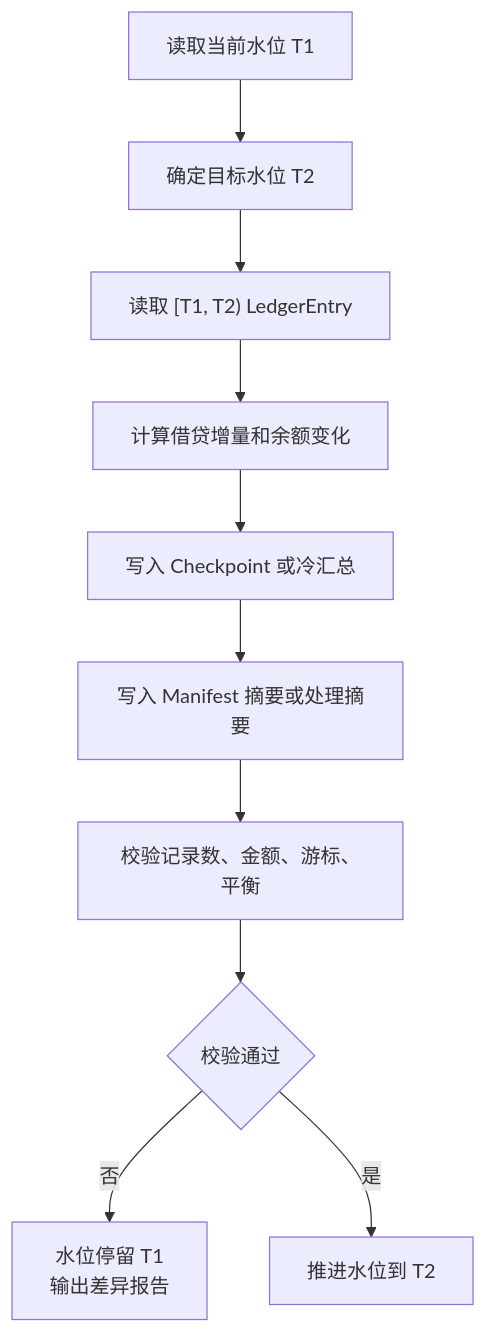
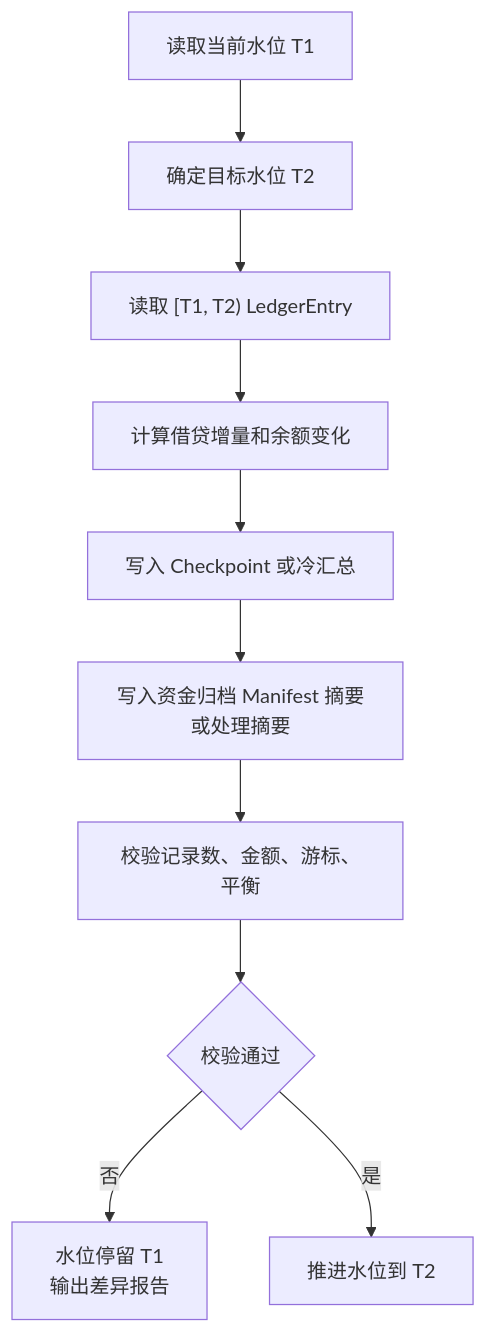
The fifth of 7 diagrams in docs/系分设计/04-归档重放与指标治理系分设计.md (fengwuxp/wind-funds), drawn with Mermaid before and after one commit. The commit also changed other lines of this file and 69 other files, not shown here.

````diff
--- a/docs/系分设计/04-归档重放与指标治理系分设计.md
+++ b/docs/系分设计/04-归档重放与指标治理系分设计.md
@@ -164,12 +385,12 @@
 ```mermaid
 flowchart TD
     A["读取当前水位 T1"] --> B["确定目标水位 T2"]
     B --> C["读取 [T1, T2) LedgerEntry"]
     C --> D["计算借贷增量和余额变化"]
     D --> E["写入 Checkpoint 或冷汇总"]
-    E --> F["写入 Manifest 摘要或处理摘要"]
+    E --> F["写入资金归档 Manifest 摘要或处理摘要"]
     F --> G["校验记录数、金额、游标、平衡"]
     G --> H{"校验通过"}
     H -- "否" --> I["水位停留 T1\n输出差异报告"]
     H -- "是" --> J["推进水位到 T2"]
 ```
````
